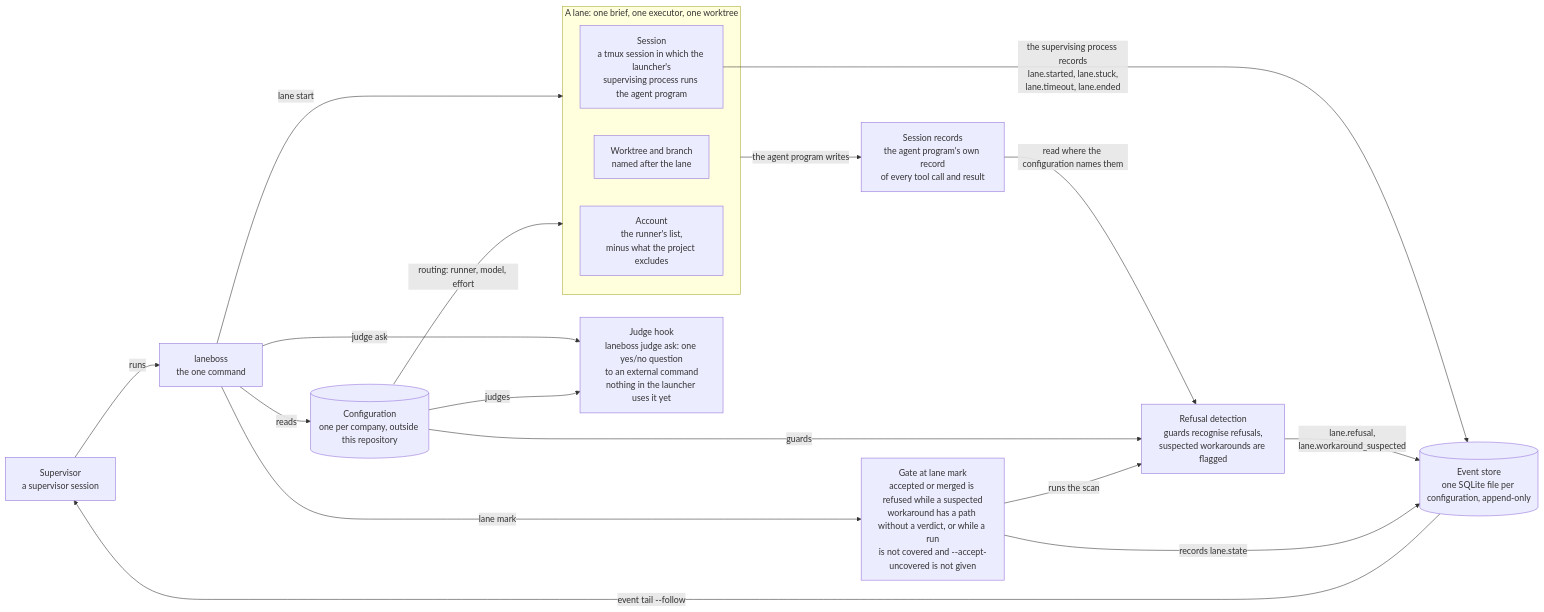
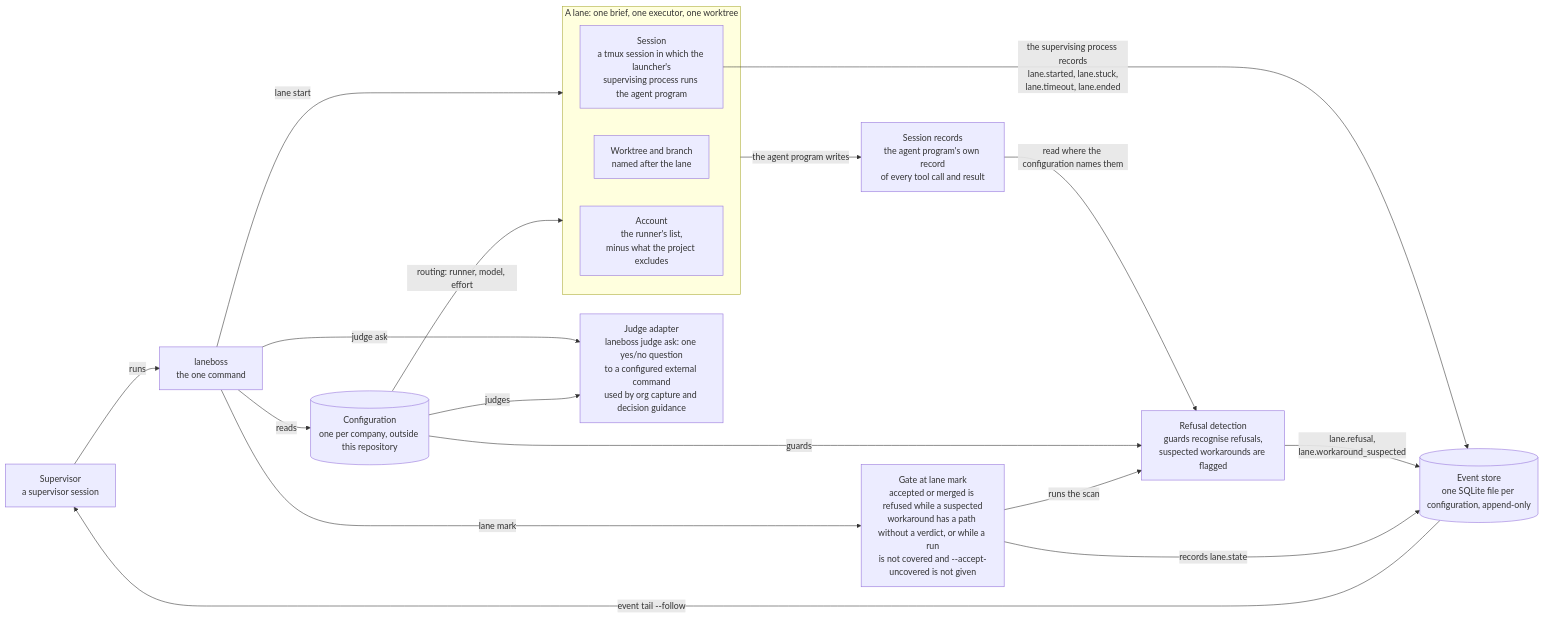
One commit to laneboss-io/laneboss changed the first of 4 diagrams in README.md. Above: the diagram before and after it, drawn with Mermaid. The commit also changed other lines of this file and 3569 other files, not shown here.

````diff
--- a/README.md
+++ b/README.md
@@ -31,34 +87,34 @@
 ```mermaid
 flowchart LR
     boss["Supervisor<br/>a supervisor session"]
     cmd["laneboss<br/>the one command"]
     cfg[("Configuration<br/>one per company, outside this repository")]
 
     subgraph lane["A lane: one brief, one executor, one worktree"]
         wt["Worktree and branch<br/>named after the lane"]
         ses["Session<br/>a tmux session in which the launcher's<br/>supervising process runs the agent program"]
         acc["Account<br/>the runner's list,<br/>minus what the project excludes"]
     end
 
     store[("Event store<br/>one SQLite file per configuration, append-only")]
     rec["Session records<br/>the agent program's own record<br/>of every tool call and result"]
     det["Refusal detection<br/>guards recognise refusals,<br/>suspected workarounds are flagged"]
     gate["Gate at lane mark<br/>accepted or merged is refused while a suspected<br/>workaround has a path without a verdict, or while a run<br/>is not covered and --accept-uncovered is not given"]
-    judge["Judge hook<br/>laneboss judge ask: one yes/no question<br/>to an external command<br/>nothing in the launcher uses it yet"]
+    judge["Judge adapter<br/>laneboss judge ask: one yes/no question<br/>to a configured external command<br/>used by org capture and decision guidance"]
 
     boss -->|"runs"| cmd
     cmd -->|"reads"| cfg
     cmd -->|"lane start"| lane
     cfg -->|"routing: runner, model, effort"| lane
     ses -->|"the supervising process records<br/>lane.started, lane.stuck,<br/>lane.timeout, lane.ended"| store
     store -->|"event tail --follow"| boss
     lane -->|"the agent program writes"| rec
     rec -->|"read where the configuration names them"| det
     cfg -->|"guards"| det
     det -->|"lane.refusal,<br/>lane.workaround_suspected"| store
     cmd -->|"lane mark"| gate
     gate -->|"runs the scan"| det
     gate -->|"records lane.state"| store
     cmd -->|"judge ask"| judge
     cfg -->|"judges"| judge
 ```
````
